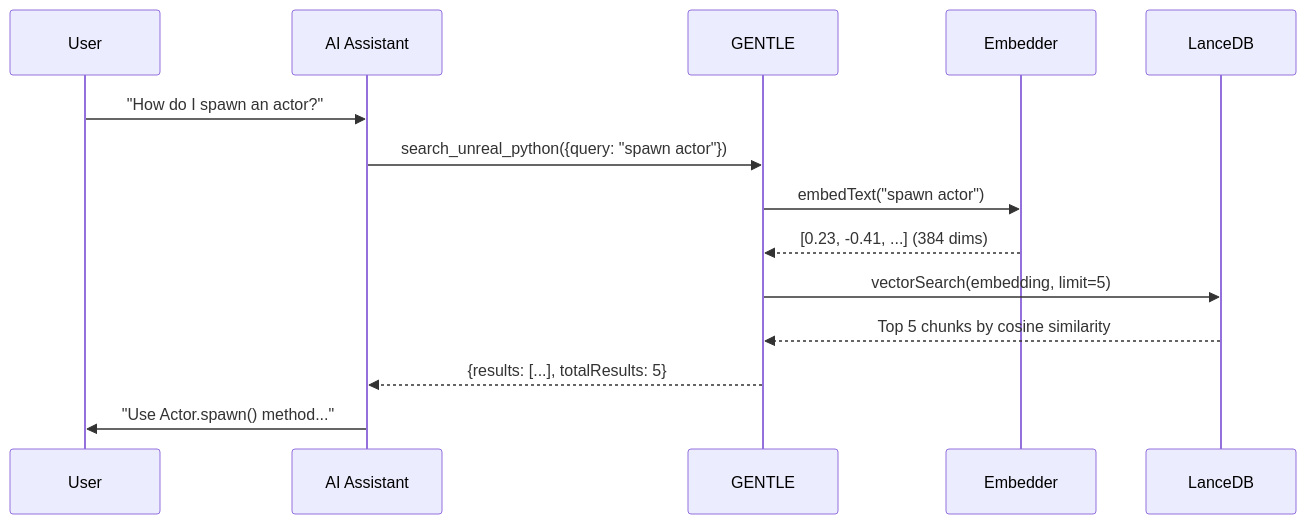
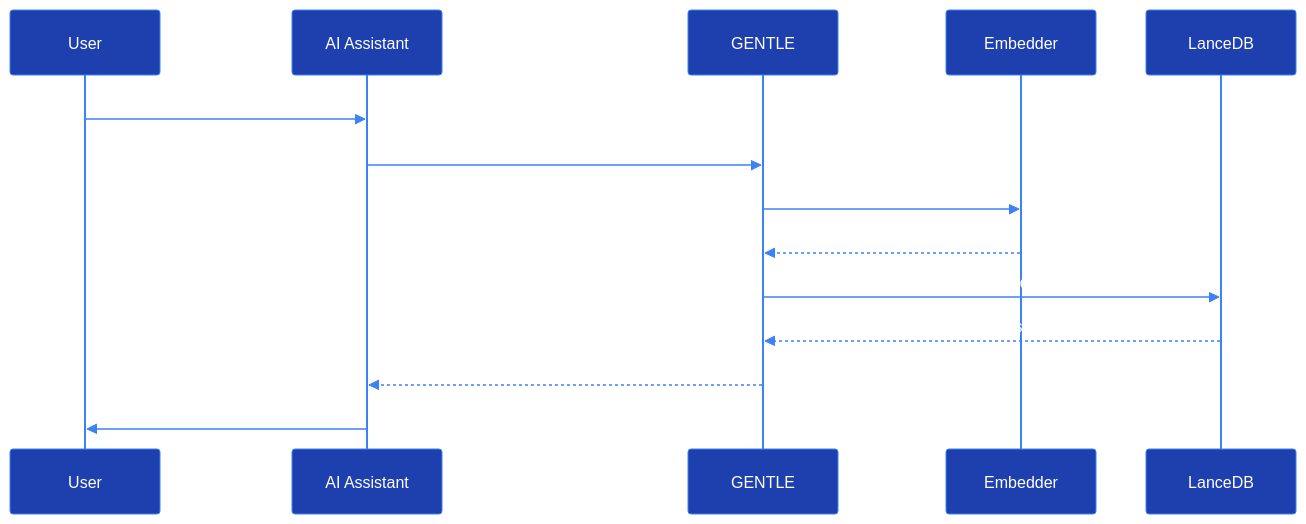
Before and after one commit to ul0gic/gentle-mcp: the second of 3 diagrams in README.md, drawn with Mermaid. The commit also changed other lines of this file and 11 other files, not shown here.

````diff
--- a/README.md
+++ b/README.md
@@ -108,17 +109,18 @@
 ```mermaid
+%%{init: {'theme': 'base', 'themeVariables': {'primaryColor': '#1e40af', 'primaryTextColor': '#ffffff', 'primaryBorderColor': '#3b82f6', 'lineColor': '#3b82f6', 'actorBkg': '#1e40af', 'actorTextColor': '#ffffff', 'actorBorder': '#3b82f6', 'signalColor': '#3b82f6', 'signalTextColor': '#ffffff', 'background': '#000000', 'sequenceNumberColor': '#ffffff'}}}%%
 sequenceDiagram
     participant User
     participant LLM as AI Assistant
     participant MCP as GENTLE
     participant EMB as Embedder
     participant DB as LanceDB
 
     User->>LLM: "How do I spawn an actor?"
     LLM->>MCP: search_unreal_python({query: "spawn actor"})
     MCP->>EMB: embedText("spawn actor")
     EMB-->>MCP: [0.23, -0.41, ...] (384 dims)
     MCP->>DB: vectorSearch(embedding, limit=5)
     DB-->>MCP: Top 5 chunks by cosine similarity
     MCP-->>LLM: {results: [...], totalResults: 5}
     LLM->>User: "Use Actor.spawn() method..."
 ```
````
